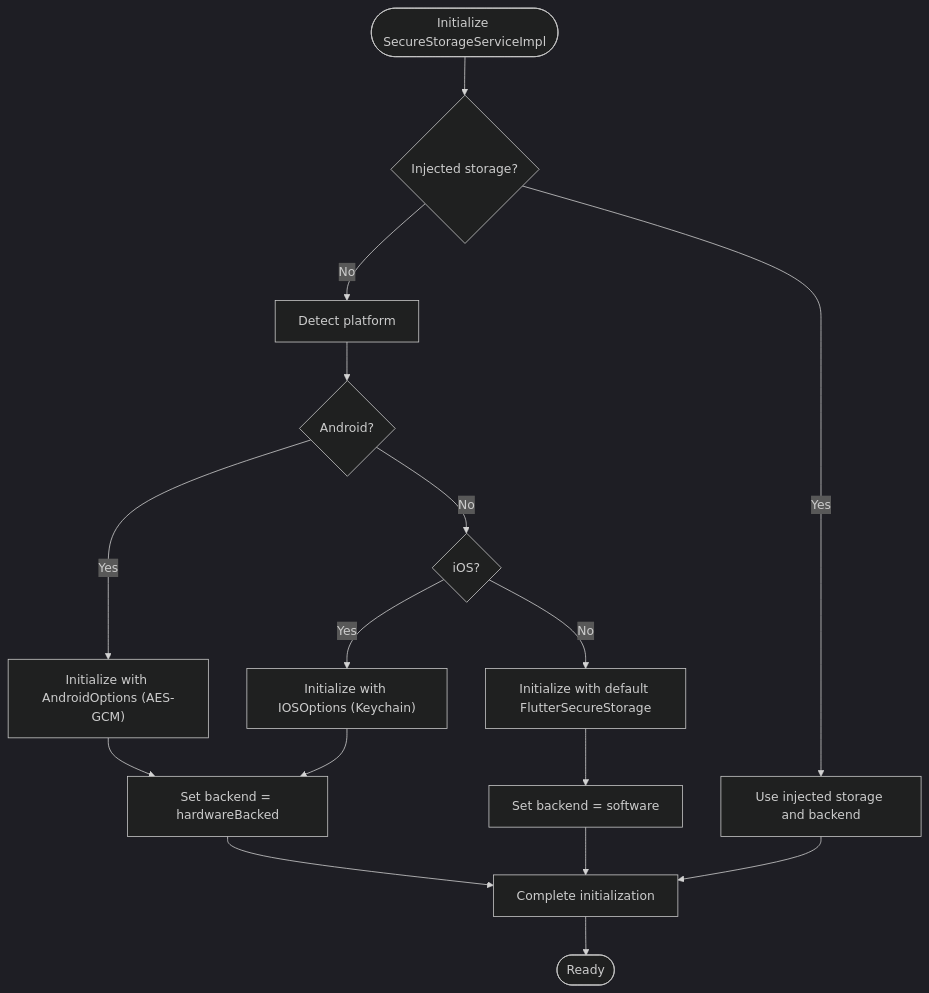
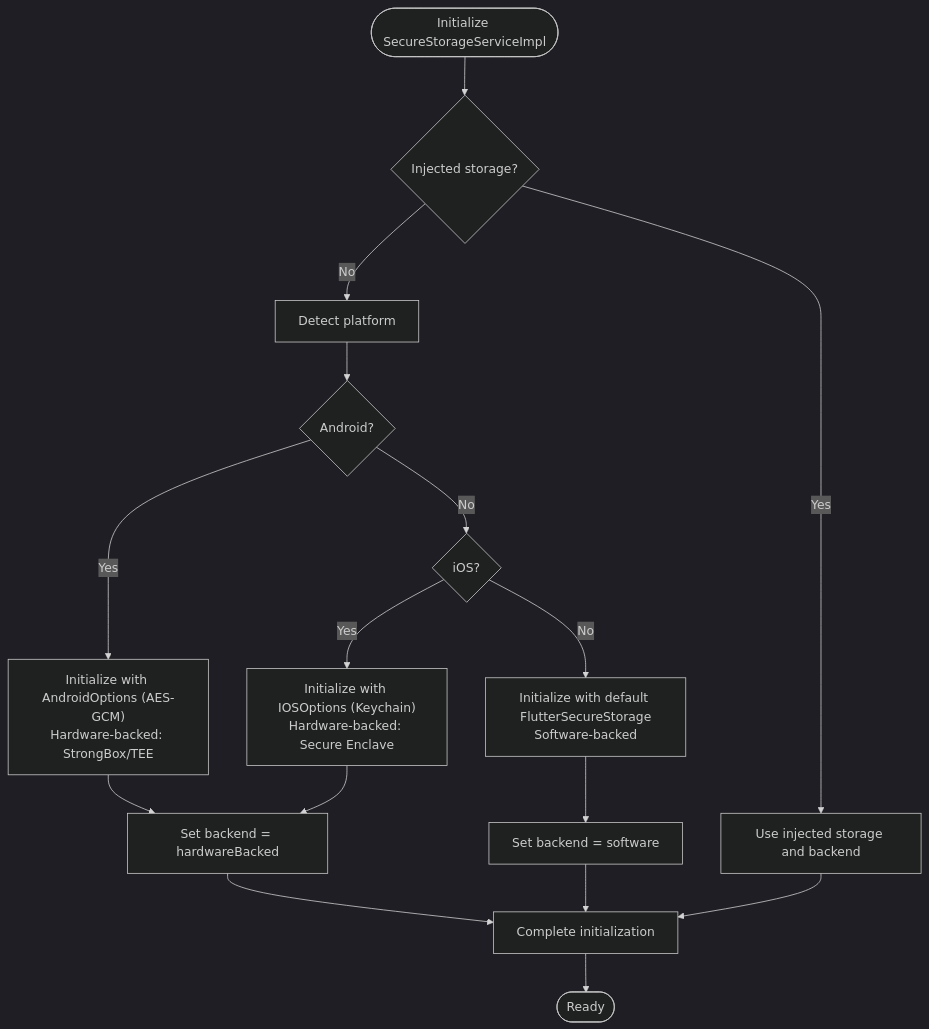
One commit to JAaron93/StyleSync changed the third of 6 diagrams in .qoder/repowiki/en/content/Core Services/Secure Storage Service.md. Above: the diagram before and after it, drawn with Mermaid (dark theme). The commit also changed other lines of this file and 36 other files, not shown here.

````diff
--- a/.qoder/repowiki/en/content/Core Services/Secure Storage Service.md
+++ b/.qoder/repowiki/en/content/Core Services/Secure Storage Service.md
@@ -154,18 +183,18 @@
 ```mermaid
 flowchart TD
 Start(["Initialize SecureStorageServiceImpl"]) --> CheckInjected{"Injected storage?"}
 CheckInjected --> |Yes| UseInjected["Use injected storage and backend"]
 CheckInjected --> |No| DetectPlatform["Detect platform"]
 DetectPlatform --> Android{"Android?"}
-Android --> |Yes| InitAndroid["Initialize with AndroidOptions (AES-GCM)"]
+Android --> |Yes| InitAndroid["Initialize with AndroidOptions (AES-GCM)<br/>Hardware-backed: StrongBox/TEE"]
 Android --> |No| IOS{"iOS?"}
-IOS --> |Yes| InitIOS["Initialize with IOSOptions (Keychain)"]
-IOS --> |No| InitSoftware["Initialize with default FlutterSecureStorage"]
+IOS --> |Yes| InitIOS["Initialize with IOSOptions (Keychain)<br/>Hardware-backed: Secure Enclave"]
+IOS --> |No| InitSoftware["Initialize with default FlutterSecureStorage<br/>Software-backed"]
 InitAndroid --> SetBackendHW["Set backend = hardwareBacked"]
 InitIOS --> SetBackendHW
 InitSoftware --> SetBackendSW["Set backend = software"]
 SetBackendHW --> Complete["Complete initialization"]
 SetBackendSW --> Complete
 UseInjected --> Complete
 Complete --> End(["Ready"])
 ```
````
